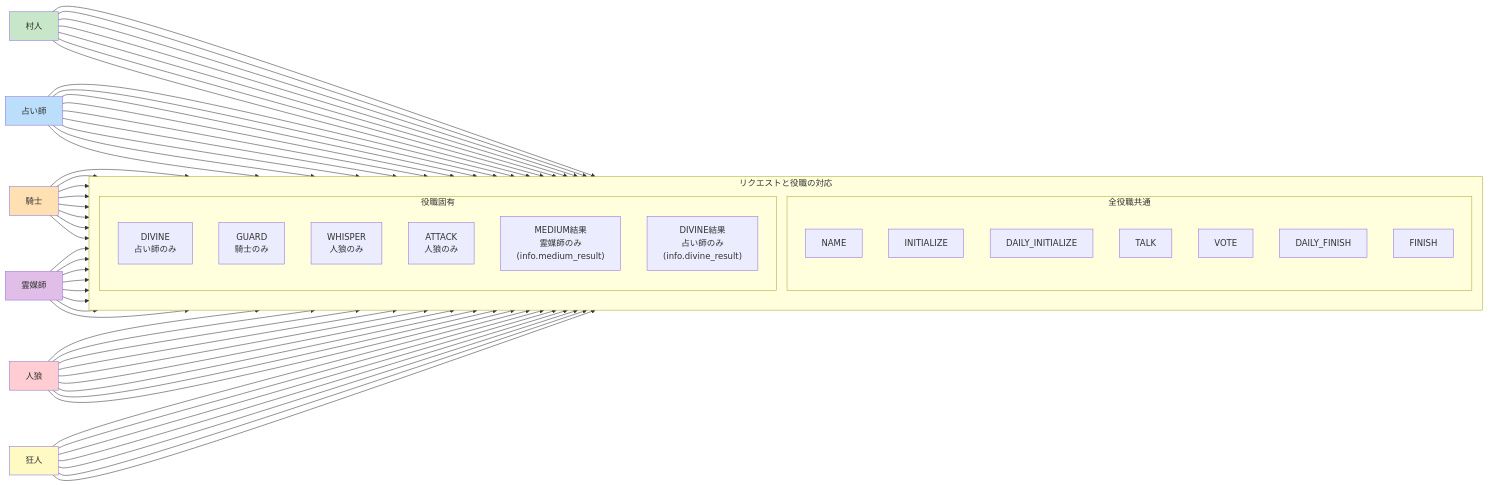
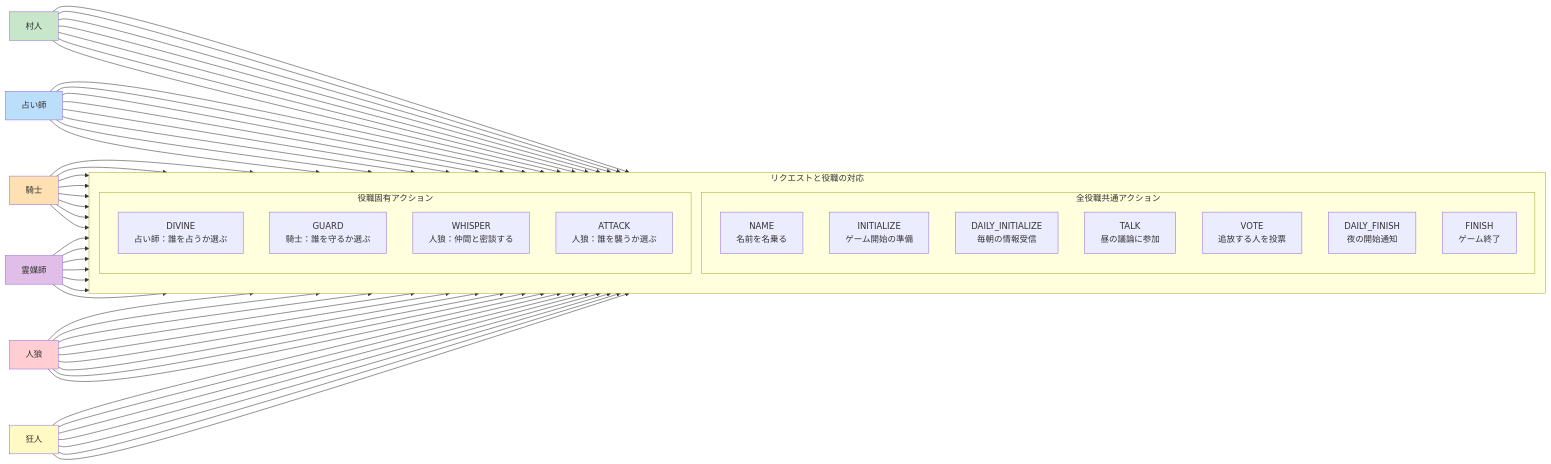
One commit to iggy157/aiwolf-nlp-systems changed the third of 4 diagrams in docs/architecture/game-flow.md. Above: the diagram before and after it, drawn with Mermaid. The commit also changed other lines of this file and 2 other files, not shown here.

Commit message:
fix: フロー図修正

````diff
--- a/docs/architecture/game-flow.md
+++ b/docs/architecture/game-flow.md
@@ -127,39 +170,37 @@
 ```mermaid
 graph LR
     subgraph "リクエストと役職の対応"
         direction TB
 
-        subgraph "全役職共通"
-            NAME[NAME]
-            INIT[INITIALIZE]
-            DI[DAILY_INITIALIZE]
-            TALK[TALK]
-            VOTE[VOTE]
-            DF[DAILY_FINISH]
-            FINISH[FINISH]
+        subgraph "全役職共通アクション"
+            NAME[NAME<br/>名前を名乗る]
+            INIT[INITIALIZE<br/>ゲーム開始の準備]
+            DI[DAILY_INITIALIZE<br/>毎朝の情報受信]
+            TALK[TALK<br/>昼の議論に参加]
+            VOTE[VOTE<br/>追放する人を投票]
+            DF[DAILY_FINISH<br/>夜の開始通知]
+            FINISH[FINISH<br/>ゲーム終了]
         end
 
-        subgraph "役職固有"
-            DIVINE["DIVINE<br/>占い師のみ"]
-            GUARD["GUARD<br/>騎士のみ"]
-            WHISPER["WHISPER<br/>人狼のみ"]
-            ATTACK["ATTACK<br/>人狼のみ"]
-            MEDIUM_R["MEDIUM結果<br/>霊媒師のみ<br/>(info.medium_result)"]
-            DIVINE_R["DIVINE結果<br/>占い師のみ<br/>(info.divine_result)"]
+        subgraph "役職固有アクション"
+            DIVINE["DIVINE<br/>占い師：誰を占うか選ぶ"]
+            GUARD["GUARD<br/>騎士：誰を守るか選ぶ"]
+            WHISPER["WHISPER<br/>人狼：仲間と密談する"]
+            ATTACK["ATTACK<br/>人狼：誰を襲うか選ぶ"]
         end
     end
 
     V[村人] --> NAME & INIT & DI & TALK & VOTE & DF & FINISH
-    SE[占い師] --> NAME & INIT & DI & TALK & VOTE & DF & FINISH & DIVINE & DIVINE_R
+    SE[占い師] --> NAME & INIT & DI & TALK & VOTE & DF & FINISH & DIVINE
     BD[騎士] --> NAME & INIT & DI & TALK & VOTE & DF & FINISH & GUARD
-    ME[霊媒師] --> NAME & INIT & DI & TALK & VOTE & DF & FINISH & MEDIUM_R
+    ME[霊媒師] --> NAME & INIT & DI & TALK & VOTE & DF & FINISH
     WW[人狼] --> NAME & INIT & DI & TALK & VOTE & DF & FINISH & WHISPER & ATTACK
     PO[狂人] --> NAME & INIT & DI & TALK & VOTE & DF & FINISH
 
     style V fill:#c8e6c9
     style SE fill:#bbdefb
     style BD fill:#ffe0b2
     style ME fill:#e1bee7
     style WW fill:#ffcdd2
     style PO fill:#fff9c4
 ```
````
